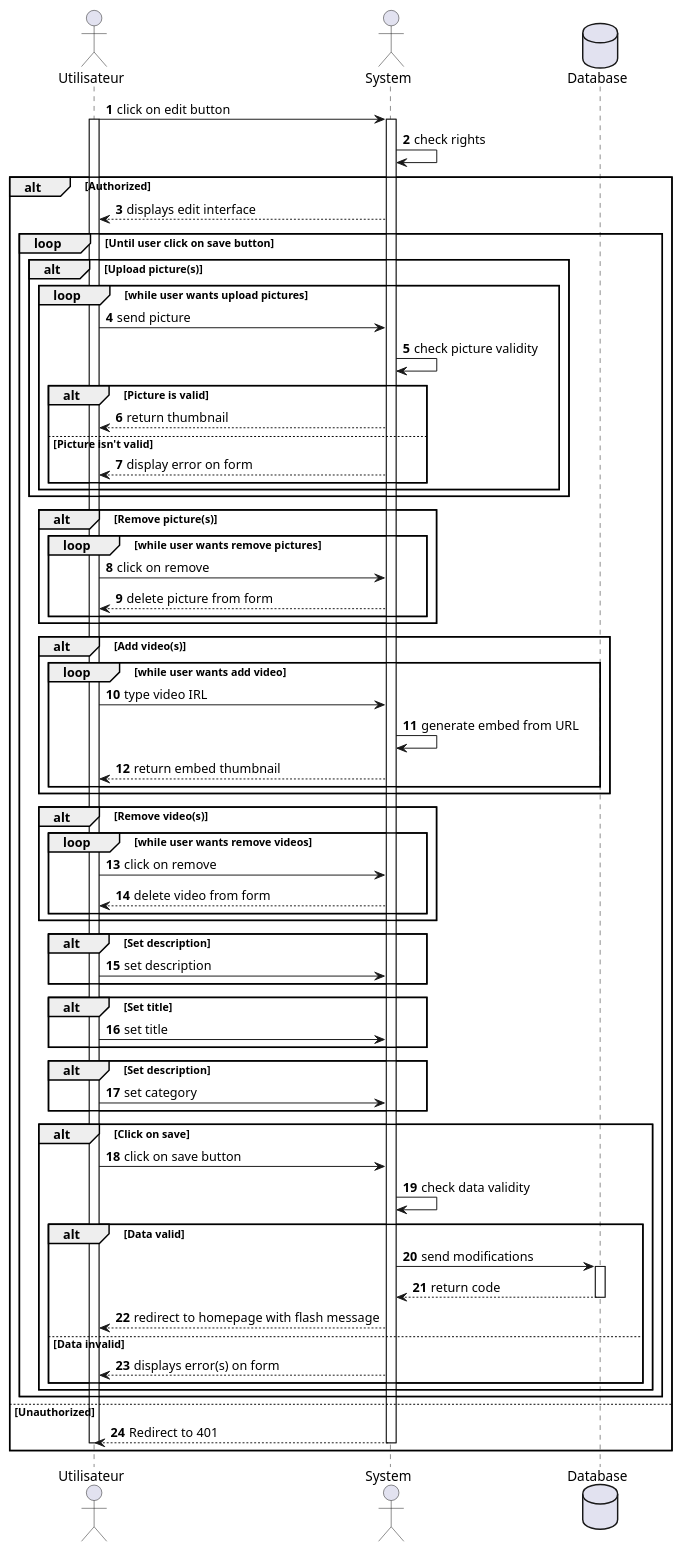
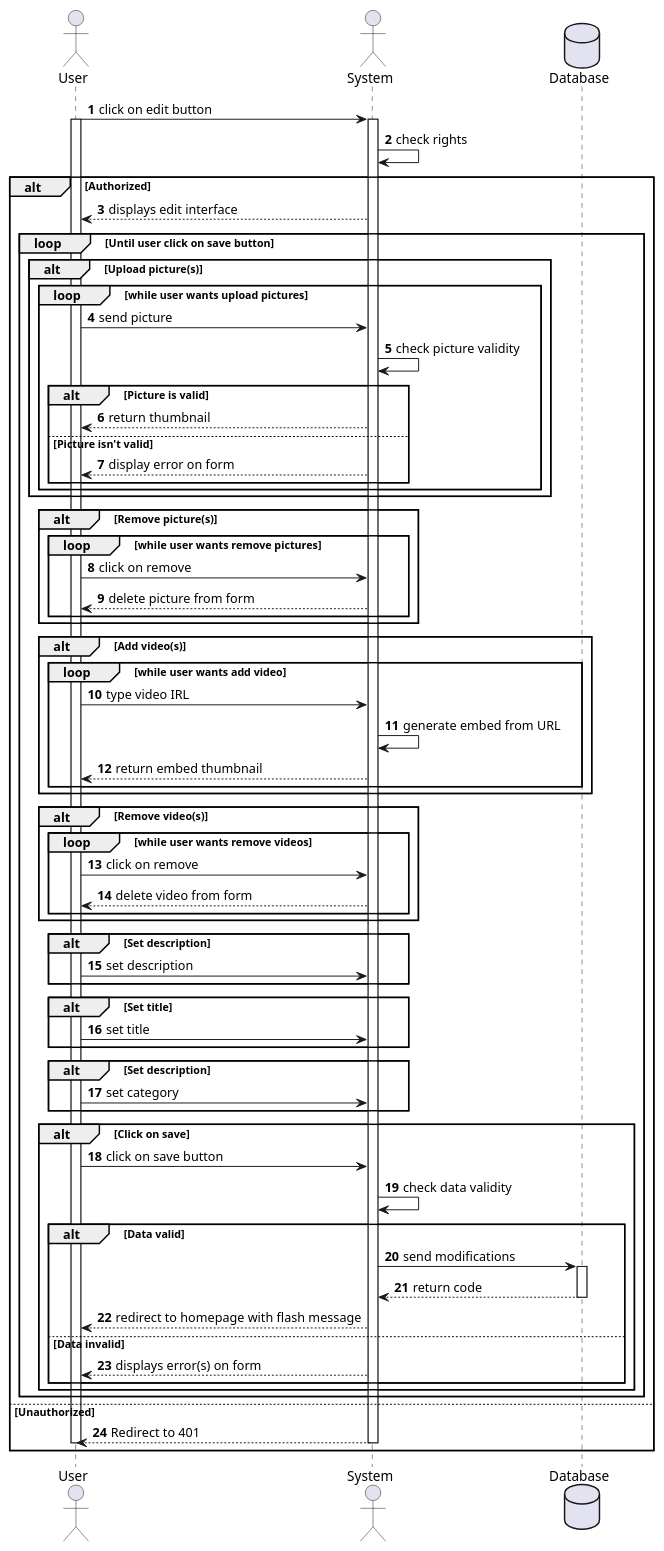
One commit to Xwyk/SnowTricks changed the diagram in diagrams/editTrick.puml. Above: the diagram before and after it, drawn with PlantUML.

Commit message:
Utilisateur -> user

```diff
--- a/diagrams/editTrick.puml
+++ b/diagrams/editTrick.puml
@@ -1,76 +1,76 @@
 @startuml
 'https://plantuml.com/sequence-diagram
 
 autonumber
 
-actor Utilisateur as user
+actor User as user
 actor System as system
 database Database as db
 
 user -> system : click on edit button
 activate user
 activate system
 system -> system : check rights
 alt Authorized
     user <-- system : displays edit interface
     loop Until user click on save button
         alt Upload picture(s)
             loop while user wants upload pictures
                 user -> system : send picture
                 system -> system : check picture validity
                 alt Picture is valid
                     user <-- system : return thumbnail
                 else Picture isn't valid
                     user <-- system : display error on form
                 end
             end
         end
         alt Remove picture(s)
             loop while user wants remove pictures
                 user -> system : click on remove
                 user <-- system : delete picture from form
             end
         end
         alt Add video(s)
             loop while user wants add video
                 user -> system : type video IRL
                 system -> system : generate embed from URL
                 user <-- system : return embed thumbnail
             end
         end
         alt Remove video(s)
             loop while user wants remove videos
                 user -> system : click on remove
                 user <-- system : delete video from form
             end
         end
         alt Set description
             user -> system : set description
         end
         alt Set title
             user -> system : set title
         end
         alt Set description
             user -> system : set category
         end
         alt Click on save
             user -> system : click on save button
             system -> system : check data validity
             alt Data valid
                 system -> db : send modifications
                 activate db
                 system <-- db : return code
                 deactivate db
                 user <-- system : redirect to homepage with flash message
             else Data invalid
                 user <-- system : displays error(s) on form
             end
 
         end
     end
 else Unauthorized
     user <-- system : Redirect to 401
     deactivate system
     deactivate user
 end
 @enduml
```
